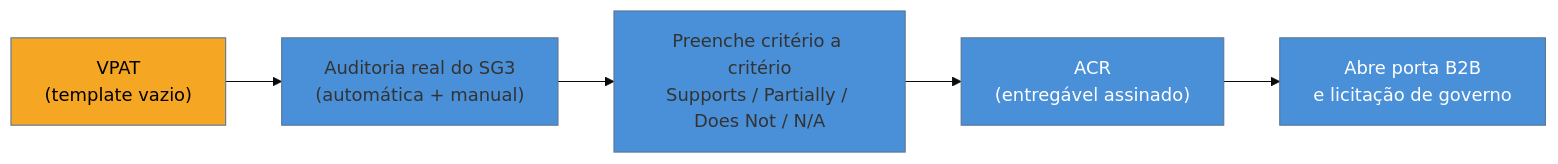
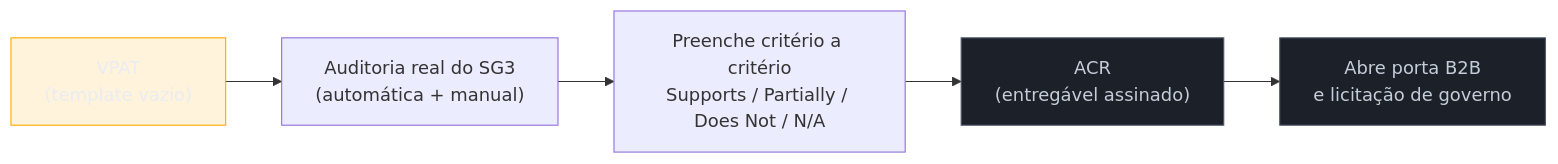
The diagram in 03-Dominios/Tecnologia/Acessibilidade/Sustentar e Conformidade/19 - VPAT, ACR e comunicar conformidade.md (josenaldo/codex-technomanticus), drawn with Mermaid before and after one commit. The commit also changed 1181 other files, not shown here.

First line of the commit message:
fix(diagramas): paleta do sistema no lugar de cor cravada no markdown

````diff
--- a/03-Dominios/Tecnologia/Acessibilidade/Sustentar e Conformidade/19 - VPAT, ACR e comunicar conformidade.md
+++ b/03-Dominios/Tecnologia/Acessibilidade/Sustentar e Conformidade/19 - VPAT, ACR e comunicar conformidade.md
@@ -54,11 +54,12 @@
 ```mermaid
-%%{init: {"theme": "base", "themeVariables": {"primaryColor": "#4A90D9"}}}%%
 graph LR
+    classDef destaque fill:#FFAA0024,stroke:#FFAA00,color:#E9ECF2
+    classDef neutro fill:#1B2029,stroke:#4E5666,color:#C6CCD8
     T["VPAT<br/>(template vazio)"] --> A["Auditoria real do SG3<br/>(automática + manual)"]
     A --> P["Preenche critério a critério<br/>Supports / Partially / Does Not / N/A"]
     P --> R["ACR<br/>(entregável assinado)"]
     R --> B["Abre porta B2B<br/>e licitação de governo"]
-    style T fill:#F5A623,color:#000
-    style R fill:#4A90D9,color:#fff
-    style B fill:#4A90D9,color:#fff
+    class T destaque
+    class R neutro
+    class B neutro
 ```
````
